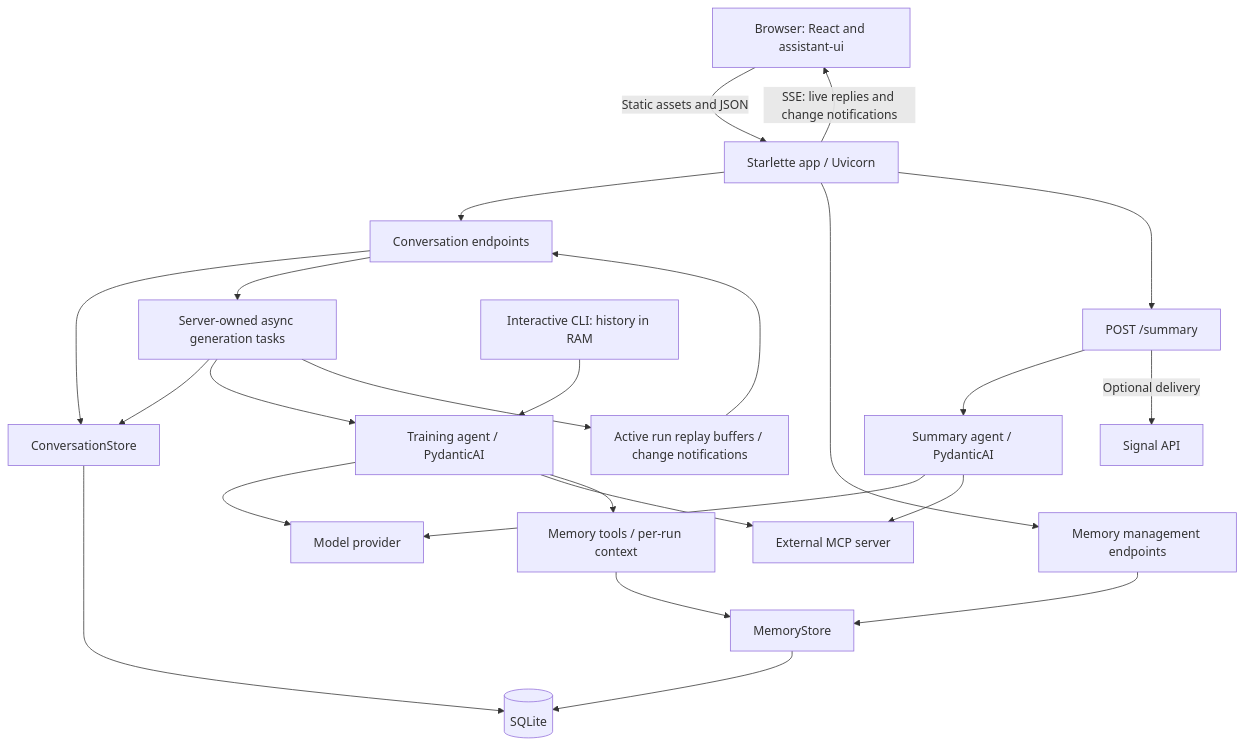
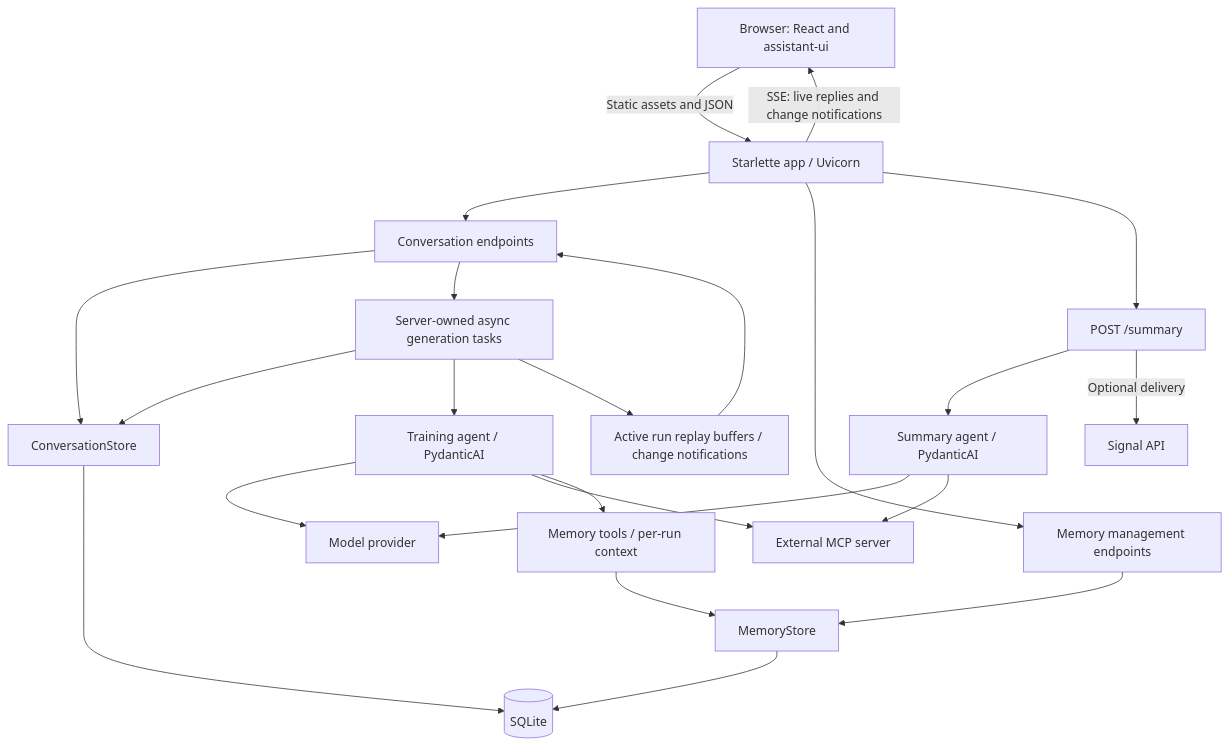
One commit to atorma/training-ai changed the first of 2 diagrams in docs/application-components.md. Above: the diagram before and after it, drawn with Mermaid. The commit also changed other lines of this file and 10 other files, not shown here.

````diff
--- a/docs/application-components.md
+++ b/docs/application-components.md
@@ -5,26 +5,25 @@
 ```mermaid
 flowchart TD
     Browser[Browser: React and assistant-ui] -->|Static assets and JSON| Web[Starlette app / Uvicorn]
     Web -->|SSE: live replies and change notifications| Browser
     Web --> Chat[Conversation endpoints]
     Chat --> Store[ConversationStore]
     Store --> DB[(SQLite)]
     Chat --> Tasks[Server-owned async generation tasks]
     Tasks --> Store
     Tasks --> Training[Training agent / PydanticAI]
     Tasks --> Events[Active run replay buffers / change notifications]
     Events --> Chat
     Training --> Provider[Model provider]
     Training --> MCP[External MCP server]
     Training --> Memory[Memory tools / per-run context]
     Web --> MemoryAPI[Memory management endpoints]
     MemoryAPI --> MemoryStore[MemoryStore]
     Memory --> MemoryStore
     MemoryStore --> DB
     Web --> Summary[POST /summary]
     Summary --> SummaryAgent[Summary agent / PydanticAI]
     SummaryAgent --> Provider
     SummaryAgent --> MCP
     Summary -->|Optional delivery| Signal[Signal API]
-    CLI[Interactive CLI: history in RAM] --> Training
 ```
````
